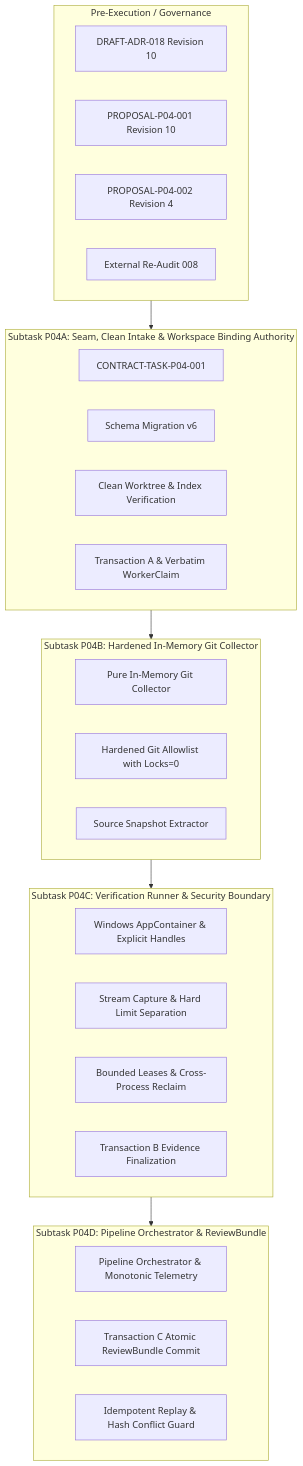
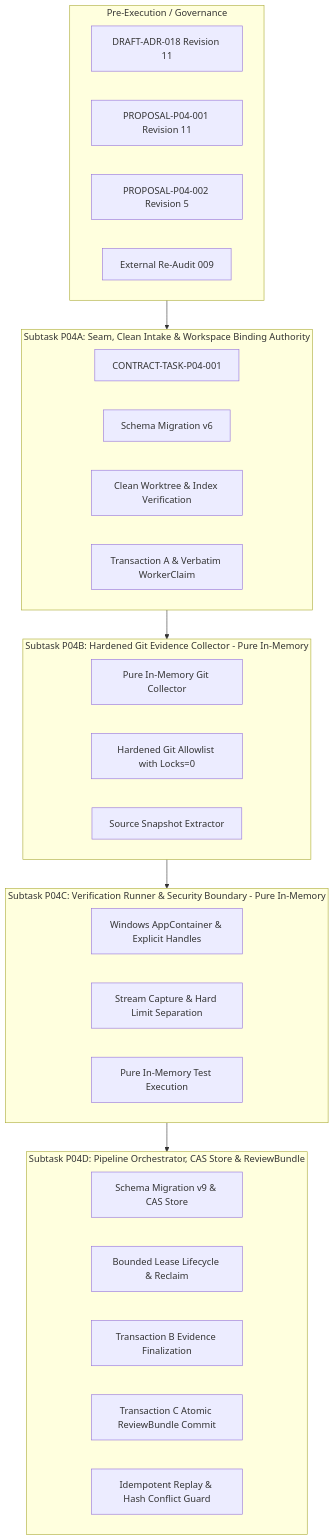
One commit to trungqwe/ai-supervisor changed the diagram in docs/plans/PLAN-P04-EVIDENCE-REVIEW.md. Above: the diagram before and after it, drawn with Mermaid. The commit also changed other lines of this file and 6 other files, not shown here.

Commit message:
docs(p04): remediate architecture findings R10-001..005 (Revision 11)

````diff
--- a/docs/plans/PLAN-P04-EVIDENCE-REVIEW.md
+++ b/docs/plans/PLAN-P04-EVIDENCE-REVIEW.md
@@ -22,40 +22,41 @@
 ```mermaid
 flowchart TD
     subgraph PreExecution [Pre-Execution / Governance]
-        ADR18[DRAFT-ADR-018 Revision 10]
-        PROP1[PROPOSAL-P04-001 Revision 10]
-        PROP2[PROPOSAL-P04-002 Revision 4]
-        Audit008[External Re-Audit 008]
+        ADR18[DRAFT-ADR-018 Revision 11]
+        PROP1[PROPOSAL-P04-001 Revision 11]
+        PROP2[PROPOSAL-P04-002 Revision 5]
+        Audit009[External Re-Audit 009]
     end
 
     subgraph P04A [Subtask P04A: Seam, Clean Intake & Workspace Binding Authority]
         P04A_Contract[CONTRACT-TASK-P04-001]
         P04A_Mig[Schema Migration v6]
         P04A_Clean[Clean Worktree & Index Verification]
         P04A_Intake[Transaction A & Verbatim WorkerClaim]
     end
 
-    subgraph P04B [Subtask P04B: Hardened In-Memory Git Collector]
+    subgraph P04B [Subtask P04B: Hardened Git Evidence Collector - Pure In-Memory]
         P04B_Collector[Pure In-Memory Git Collector]
         P04B_Allowlist[Hardened Git Allowlist with Locks=0]
         P04B_Snapshot[Source Snapshot Extractor]
     end
 
-    subgraph P04C [Subtask P04C: Verification Runner & Security Boundary]
+    subgraph P04C [Subtask P04C: Verification Runner & Security Boundary - Pure In-Memory]
         P04C_Sandbox[Windows AppContainer & Explicit Handles]
         P04C_Stream[Stream Capture & Hard Limit Separation]
-        P04C_Lease[Bounded Leases & Cross-Process Reclaim]
-        P04C_TxB[Transaction B Evidence Finalization]
+        P04C_Execution[Pure In-Memory Test Execution]
     end
 
-    subgraph P04D [Subtask P04D: Pipeline Orchestrator & ReviewBundle]
-        P04D_Orch[Pipeline Orchestrator & Monotonic Telemetry]
+    subgraph P04D [Subtask P04D: Pipeline Orchestrator, CAS Store & ReviewBundle]
+        P04D_Mig[Schema Migration v9 & CAS Store]
+        P04D_Lease[Bounded Lease Lifecycle & Reclaim]
+        P04D_TxB[Transaction B Evidence Finalization]
         P04D_TxC[Transaction C Atomic ReviewBundle Commit]
         P04D_Replay[Idempotent Replay & Hash Conflict Guard]
     end
 
     PreExecution --> P04A
     P04A --> P04B
     P04B --> P04C
     P04C --> P04D
 ```
````
